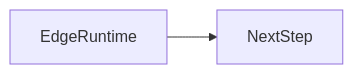
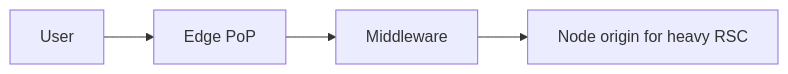
The second of 2 diagrams in docs/en/11-nextjs/edge-runtime/index.md (OmidJavaherii/Frontend-Engineering-Handbook), drawn with Mermaid before and after one commit. The commit also changed other lines of this file and 461 other files, not shown here.

````diff
--- a/docs/en/11-nextjs/edge-runtime/index.md
+++ b/docs/en/11-nextjs/edge-runtime/index.md
@@ -95,4 +111,6 @@
 ```mermaid
 flowchart LR
-  concept[EdgeRuntime] --> nextStep[NextStep]
+  User --> PoP[Edge PoP]
+  PoP --> MW[Middleware]
+  MW --> Node[Node origin for heavy RSC]
 ```
````
